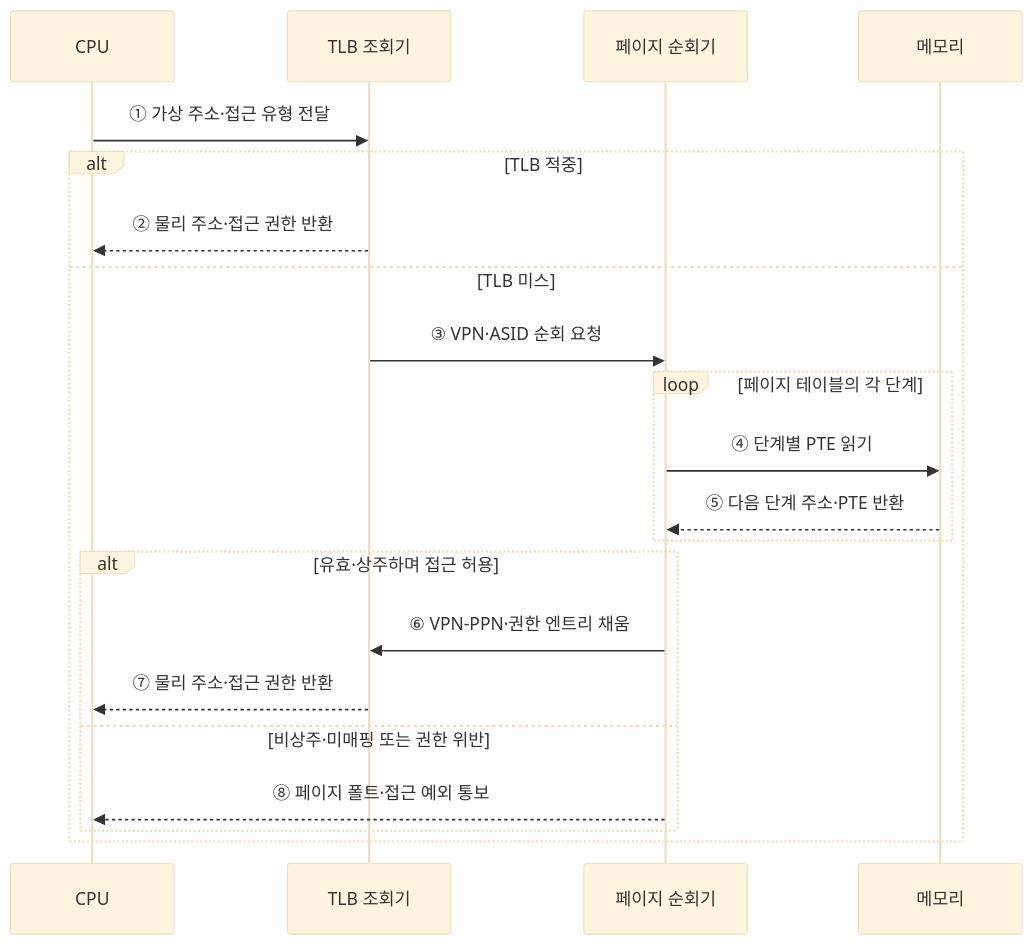
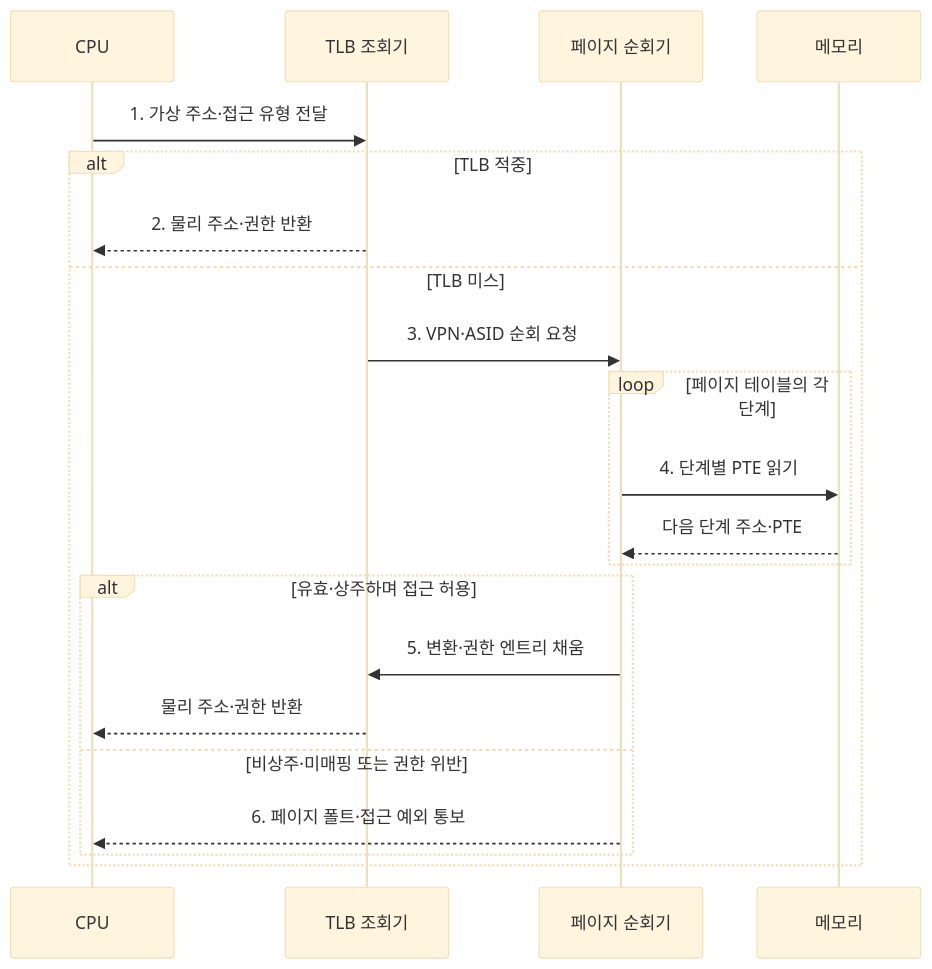
Before and after one commit to agnusdei1207/knowledge-base: the second of 2 diagrams in src/content/docs/notes/02-hardware/016_tlb.md, drawn with Mermaid (base theme). The commit also changed other lines of this file and 20 other files, not shown here.

````diff
--- a/src/content/docs/notes/02-hardware/016_tlb.md
+++ b/src/content/docs/notes/02-hardware/016_tlb.md
@@ -92,23 +94,23 @@
 ```mermaid
 sequenceDiagram
     participant C as CPU
     participant L as TLB 조회기
     participant W as 페이지 순회기
     participant M as 메모리
-    C->>L: ① 가상 주소·접근 유형 전달
+    C->>L: 1. 가상 주소·접근 유형 전달
     alt TLB 적중
-        L-->>C: ② 물리 주소·접근 권한 반환
+        L-->>C: 2. 물리 주소·권한 반환
     else TLB 미스
-        L->>W: ③ VPN·ASID 순회 요청
+        L->>W: 3. VPN·ASID 순회 요청
         loop 페이지 테이블의 각 단계
-            W->>M: ④ 단계별 PTE 읽기
-            M-->>W: ⑤ 다음 단계 주소·PTE 반환
+            W->>M: 4. 단계별 PTE 읽기
+            M-->>W: 다음 단계 주소·PTE
         end
         alt 유효·상주하며 접근 허용
-            W->>L: ⑥ VPN-PPN·권한 엔트리 채움
-            L-->>C: ⑦ 물리 주소·접근 권한 반환
+            W->>L: 5. 변환·권한 엔트리 채움
+            L-->>C: 물리 주소·권한 반환
         else 비상주·미매핑 또는 권한 위반
-            W-->>C: ⑧ 페이지 폴트·접근 예외 통보
+            W-->>C: 6. 페이지 폴트·접근 예외 통보
         end
     end
 ```
````
